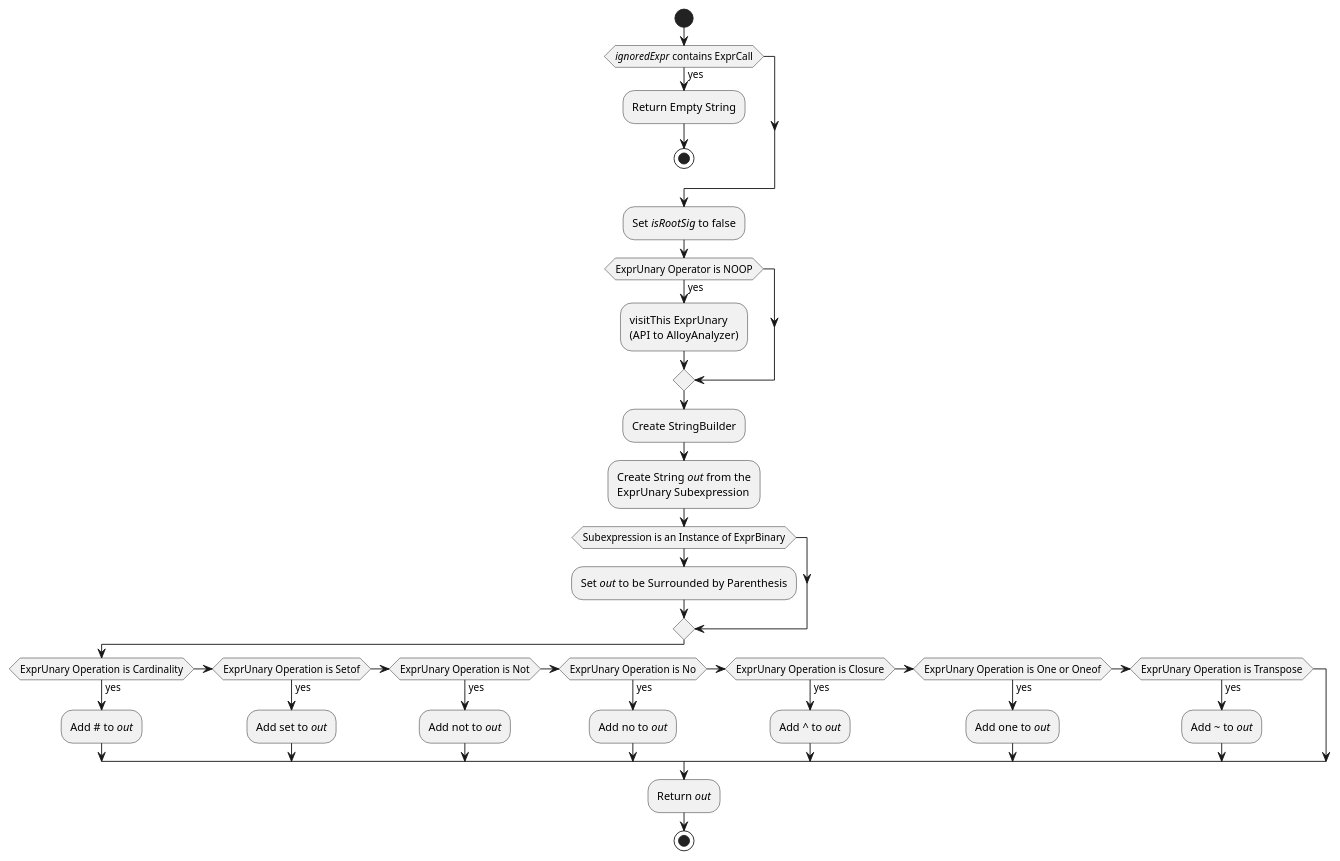
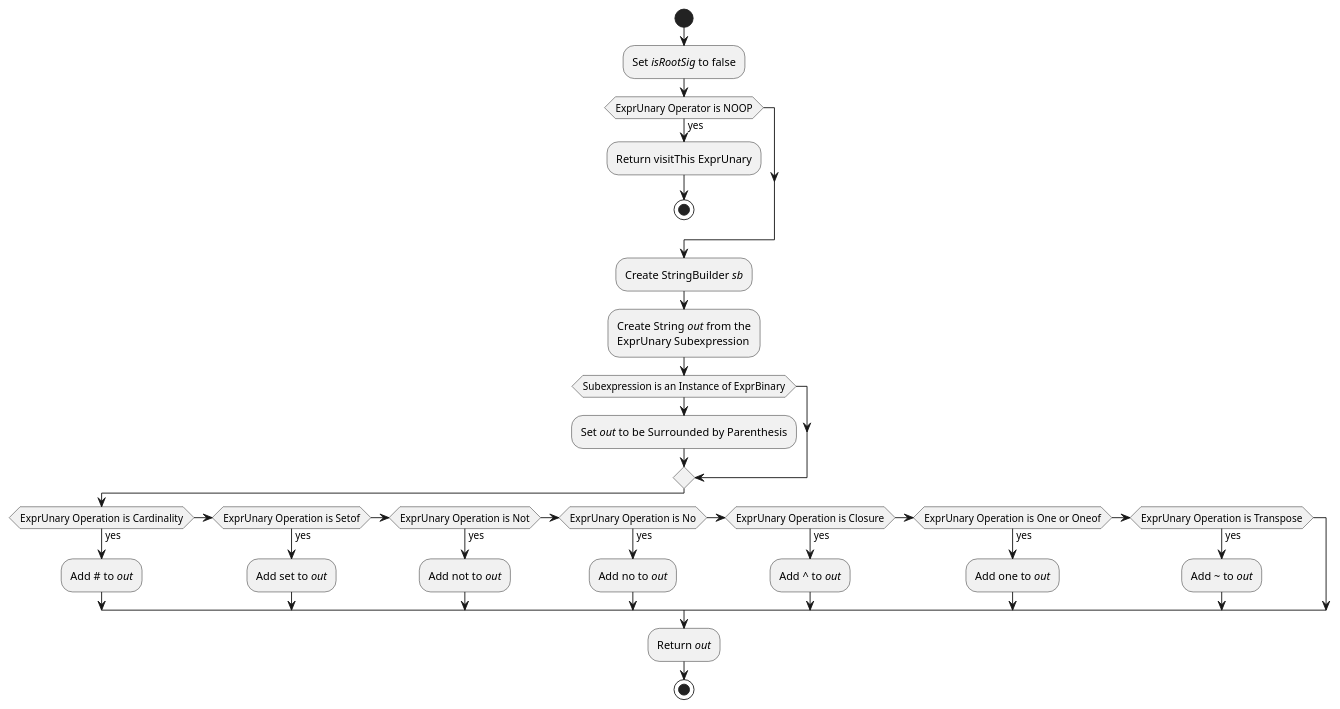
One commit to ontological-behavior-modeling/tester changed the diagram in src/main/javadoc/edu/gatech/gtri/obm/alloy/translator/doc-files/ExprVisitor_visitExprUnary.puml. Above: the diagram before and after it, drawn with PlantUML. The commit also changed 12 other files, not shown here.

Commit message:
Adding and updating puml for ExprVisitor and AlloyUtils

```diff
--- a/src/main/javadoc/edu/gatech/gtri/obm/alloy/translator/doc-files/ExprVisitor_visitExprUnary.puml
+++ b/src/main/javadoc/edu/gatech/gtri/obm/alloy/translator/doc-files/ExprVisitor_visitExprUnary.puml
@@ -1,35 +1,31 @@
 @startuml
 start
-if(//ignoredExpr// contains ExprCall) then (yes)
-:Return Empty String;
-stop
-endif
 :Set //isRootSig// to false;
 if(ExprUnary Operator is NOOP) then (yes)
-:visitThis ExprUnary
-(API to AlloyAnalyzer);
+	:Return visitThis ExprUnary;
+	stop
 endif
-:Create StringBuilder;
+:Create StringBuilder //sb//;
 :Create String //out// from the
 ExprUnary Subexpression;
 if(Subexpression is an Instance of ExprBinary)
-:Set //out// to be Surrounded by Parenthesis;
+	:Set //out// to be Surrounded by Parenthesis;
 endif
 if(ExprUnary Operation is Cardinality) then (yes)
-:Add # to //out//;
+	:Add # to //out//;
 elseif(ExprUnary Operation is Setof) then (yes)
-:Add set to //out//;
+	:Add set to //out//;
 elseif(ExprUnary Operation is Not) then (yes)
-:Add not to //out//;
+	:Add not to //out//;
 elseif(ExprUnary Operation is No) then (yes)
-:Add no to //out//;
+	:Add no to //out//;
 elseif(ExprUnary Operation is Closure) then (yes)
-:Add ^ to //out//;
+	:Add ^ to //out//;
 elseif(ExprUnary Operation is One or Oneof) then (yes)
-:Add one to //out//;
+	:Add one to //out//;
 elseif(ExprUnary Operation is Transpose) then (yes)
-:Add ~ to //out//;
+	:Add ~ to //out//;
 endif
 :Return //out//;
 stop
 @enduml
```
